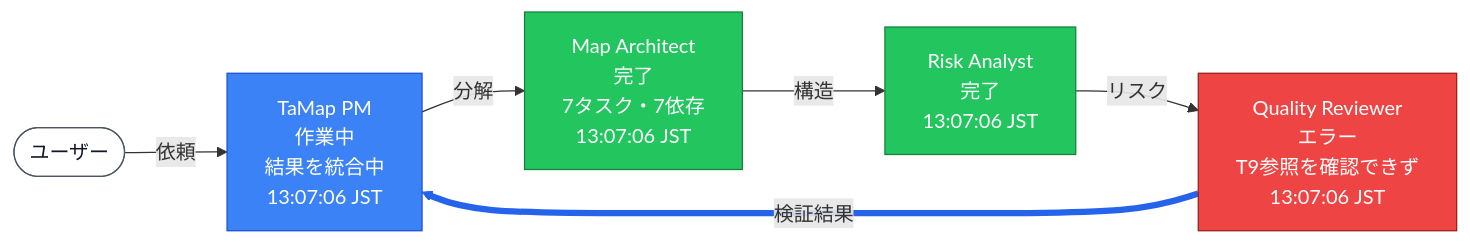
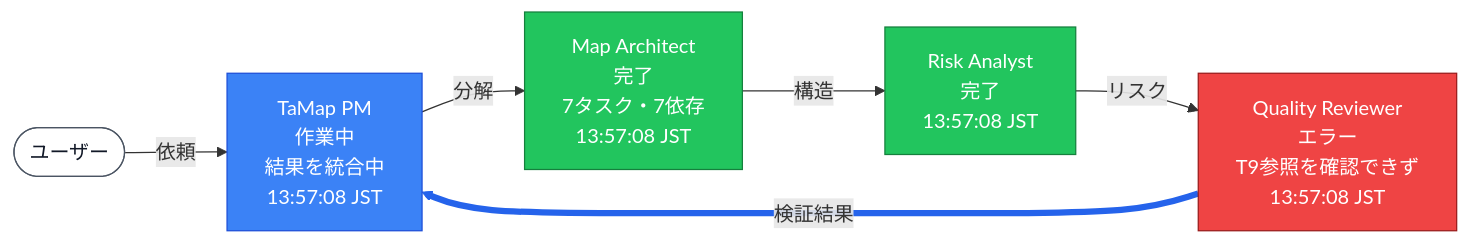
Before and after one commit to nekomario28/tamap: the eighth of 11 diagrams in docs/sample_output.md, drawn with Mermaid. The commit also changed other lines of this file and 10 other files, not shown here.

First line of the commit message:
feat: PM auto-idle, revision diff line, QR before/after, flow GIF (UX_DESIGN P2-P4)

````diff
--- a/docs/sample_output.md
+++ b/docs/sample_output.md
@@ -218,23 +251,23 @@
 ```mermaid
 flowchart LR
   U(["ユーザー"])
-  PM["TaMap PM<br>作業中<br>結果を統合中<br>13:07:06 JST"]
-  MA["Map Architect<br>完了<br>7タスク・7依存<br>13:07:06 JST"]
-  RA["Risk Analyst<br>完了<br>13:07:06 JST"]
-  QR["Quality Reviewer<br>エラー<br>T9参照を確認できず<br>13:07:06 JST"]
+  PM["TaMap PM<br>作業中<br>結果を統合中<br>13:57:08 JST"]
+  MA["Map Architect<br>完了<br>7タスク・7依存<br>13:57:08 JST"]
+  RA["Risk Analyst<br>完了<br>13:57:08 JST"]
+  QR["Quality Reviewer<br>エラー<br>T9参照を確認できず<br>13:57:08 JST"]
   U -- 依頼 --> PM
   PM -- 分解 --> MA
   MA -- 構造 --> RA
   RA -- リスク --> QR
   QR -- 検証結果 --> PM
   classDef idle fill:#9ca3af,stroke:#4b5563,color:#111827
   classDef working fill:#3b82f6,stroke:#1d4ed8,color:#ffffff
   classDef done fill:#22c55e,stroke:#15803d,color:#ffffff
   classDef error fill:#ef4444,stroke:#991b1b,color:#ffffff
   classDef user fill:#ffffff,stroke:#4b5563,color:#111827
   class U user
   class PM working
   class MA,RA done
   class QR error
   linkStyle 4 stroke:#2563eb,stroke-width:5px
 ```
````
